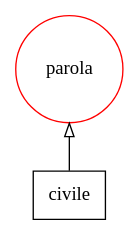
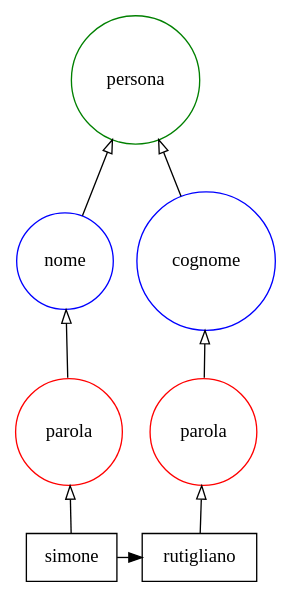
The diagram in var/spiegazioni/tag7.dot (Simoruty/AI-course-project), drawn with Graphviz before and after one commit. The commit also changed 283 other files, not shown here.

```diff
--- a/var/spiegazioni/tag7.dot
+++ b/var/spiegazioni/tag7.dot
@@ -1,33 +1,44 @@
 digraph {
    rankdir=BT;
    edge [arrowhead=empty];
 
    subgraph {
       rank="source";
       edge [arrowhead=normal];
       node [shape=box];
-      t9 [label="civile"];
+      t2 [label="rutigliano"];
+      t1 [label="simone"];
+      t1 -> t2;
    }
 
    subgraph {
       rank="same";
       node [color=red,shape=circle];
-      tag7 [label=parola]; 
+      tag1 [label=parola]; 
+      tag0 [label=parola]; 
    }
 
    subgraph {
       rank="same";
       node [color=blue,shape=circle];
+      tag5 [label=cognome]; 
+      tag6 [label=nome]; 
    }
 
    subgraph {
       rank="same";
       node [color=green,shape=circle];
+      tag7 [label=persona]; 
    }
 
    subgraph {
       rank="same";
       node [color=orange,shape=circle];
    }
-   t9 -> tag7;
+   tag5 -> tag7;
+   tag6 -> tag7;
+   tag1 -> tag5;
+   t2 -> tag1;
+   tag0 -> tag6;
+   t1 -> tag0;
 }
```
